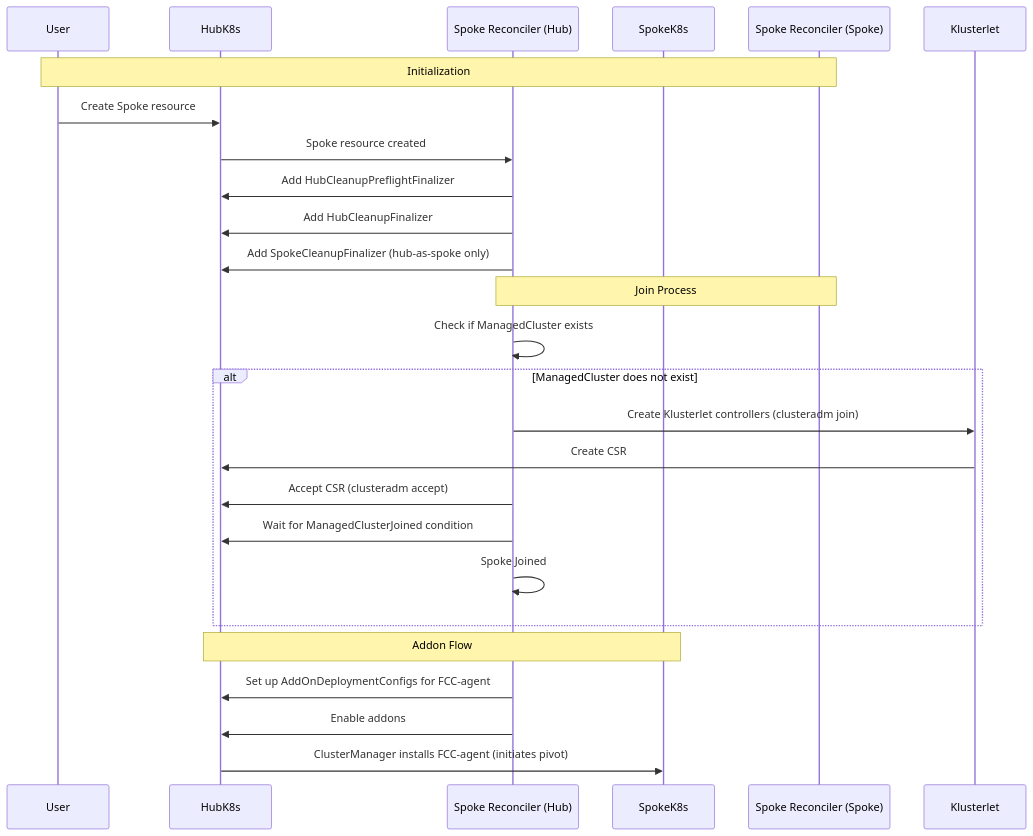
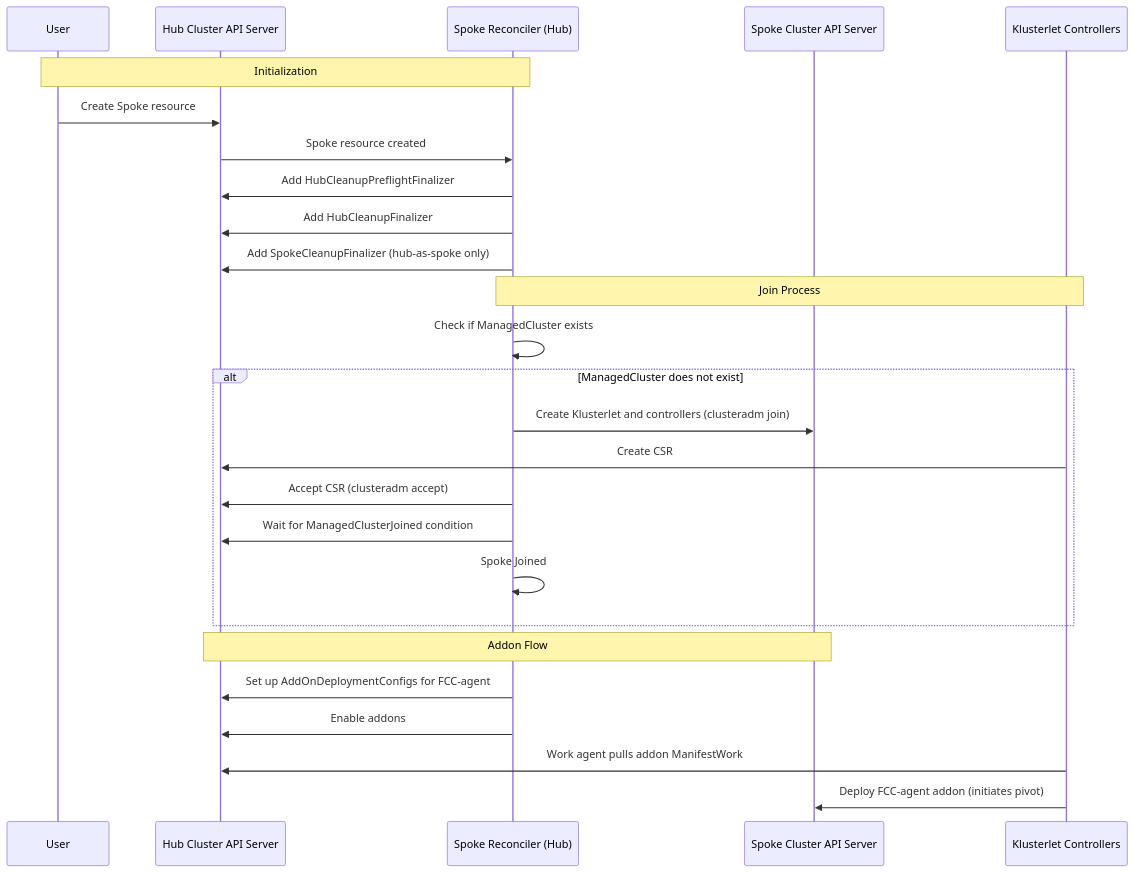
Before and after one commit to open-cluster-management-io/lab: the first of 4 diagrams in fleetconfig-controller/docs/2-phase-spoke-reconcile.md, drawn with Mermaid. The commit also changed other lines of this file, not shown here.

````diff
--- a/fleetconfig-controller/docs/2-phase-spoke-reconcile.md
+++ b/fleetconfig-controller/docs/2-phase-spoke-reconcile.md
@@ -94,33 +95,33 @@
 ```mermaid
 sequenceDiagram
     participant User
-    participant HubK8s
+    participant HubK8s as Hub Cluster API Server
     participant HubController as Spoke Reconciler (Hub)
-    participant SpokeK8s
-    participant SpokeController as Spoke Reconciler (Spoke)
-    participant Klusterlet
+    participant SpokeK8s as Spoke Cluster API Server
+    participant KlusterletCtrl as Klusterlet Controllers
 
-    Note over User, SpokeController: Initialization
+    Note over User, HubController: Initialization
 
     User->>HubK8s: Create Spoke resource
     HubK8s->>HubController: Spoke resource created
     HubController->>HubK8s: Add HubCleanupPreflightFinalizer
     HubController->>HubK8s: Add HubCleanupFinalizer
     HubController->>HubK8s: Add SpokeCleanupFinalizer (hub-as-spoke only)
     
-    Note over HubController, SpokeController: Join Process
+    Note over HubController, KlusterletCtrl: Join Process
     HubController->>HubController: Check if ManagedCluster exists
     alt ManagedCluster does not exist
-        HubController->>Klusterlet: Create Klusterlet controllers (clusteradm join)
-        Klusterlet->>HubK8s: Create CSR
+        HubController->>SpokeK8s: Create Klusterlet and controllers (clusteradm join)
+        KlusterletCtrl->>HubK8s: Create CSR
         HubController->>HubK8s: Accept CSR (clusteradm accept)
         HubController->>HubK8s: Wait for ManagedClusterJoined condition
         HubController->>HubController: Spoke Joined
     end
 
     Note over HubK8s, SpokeK8s: Addon Flow
     HubController->>HubK8s: Set up AddOnDeploymentConfigs for FCC-agent
     HubController->>HubK8s: Enable addons
-    HubK8s->>SpokeK8s: ClusterManager installs FCC-agent (initiates pivot)
+    KlusterletCtrl->>HubK8s: Work agent pulls addon ManifestWork
+    KlusterletCtrl->>SpokeK8s: Deploy FCC-agent addon (initiates pivot)
 
 ```
````
